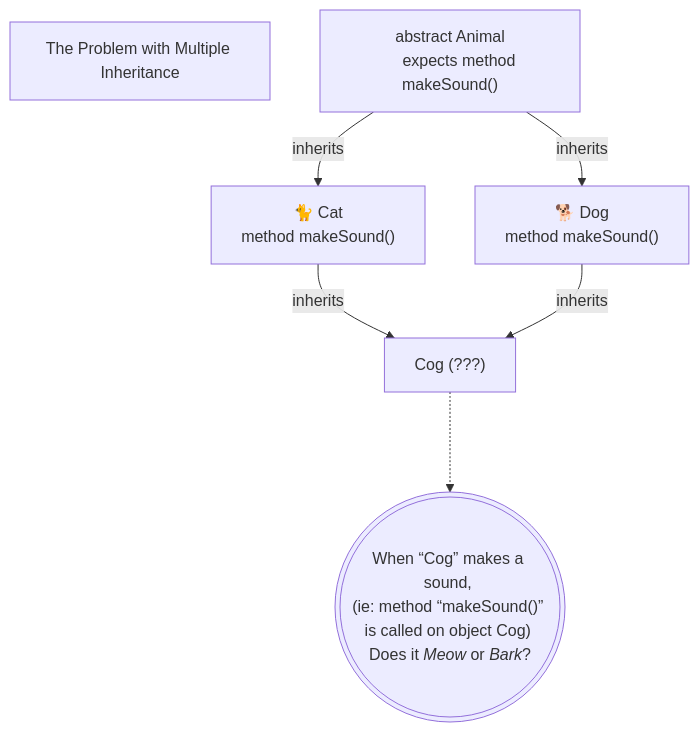
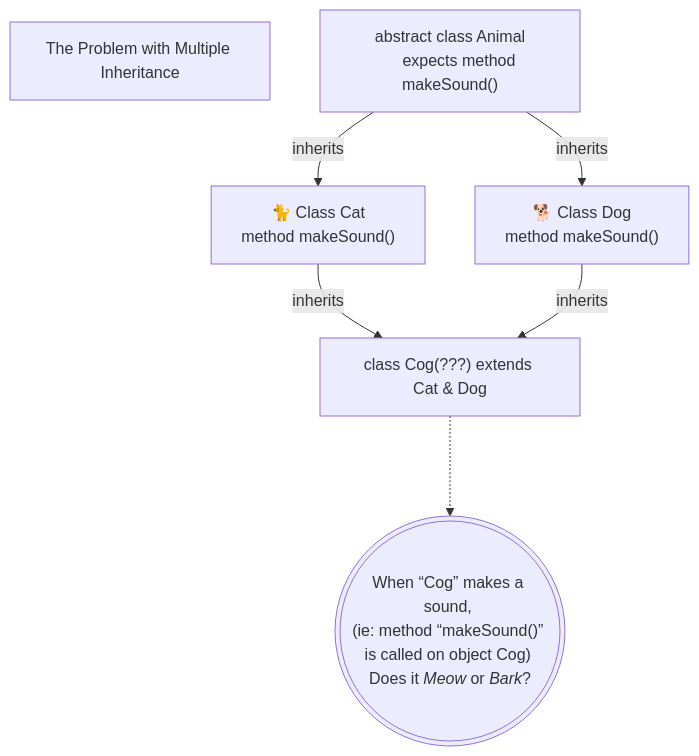
Before and after one commit to realityexpander/How_to_program_from_ground_up: the seventh of 7 diagrams in 09-ClassOrientedProgramming.md, drawn with Mermaid. The commit also changed other lines of this file, not shown here.

Commit message:
improve COP

````diff
--- a/09-ClassOrientedProgramming.md
+++ b/09-ClassOrientedProgramming.md
@@ -617,17 +617,17 @@
     ```mermaid
       flowchart TD
          X["The Problem with Multiple Inheritance"]
          Animal["
-           abstract Animal
+           abstract class Animal
            expects method makeSound()
-         "] -->|inherits| Cat["🐈 Cat
+         "] -->|inherits| Cat["🐈 Class Cat
             method makeSound()
-         "] & Dog["🐕 Dog
+         "] & Dog["🐕 Class Dog
              method makeSound()
-         "]-->|inherits| Cog???["Cog (???)"]
+         "]-->|inherits| Cog???["class Cog(???) extends Cat & Dog"]
       
          Cog??? -..-> Y((("`
          When “Cog” makes a sound, 
          (ie: method “makeSound()” is called on object Cog) 
          Does it _Meow_ or _Bark_?`"))) 
       ```
````
